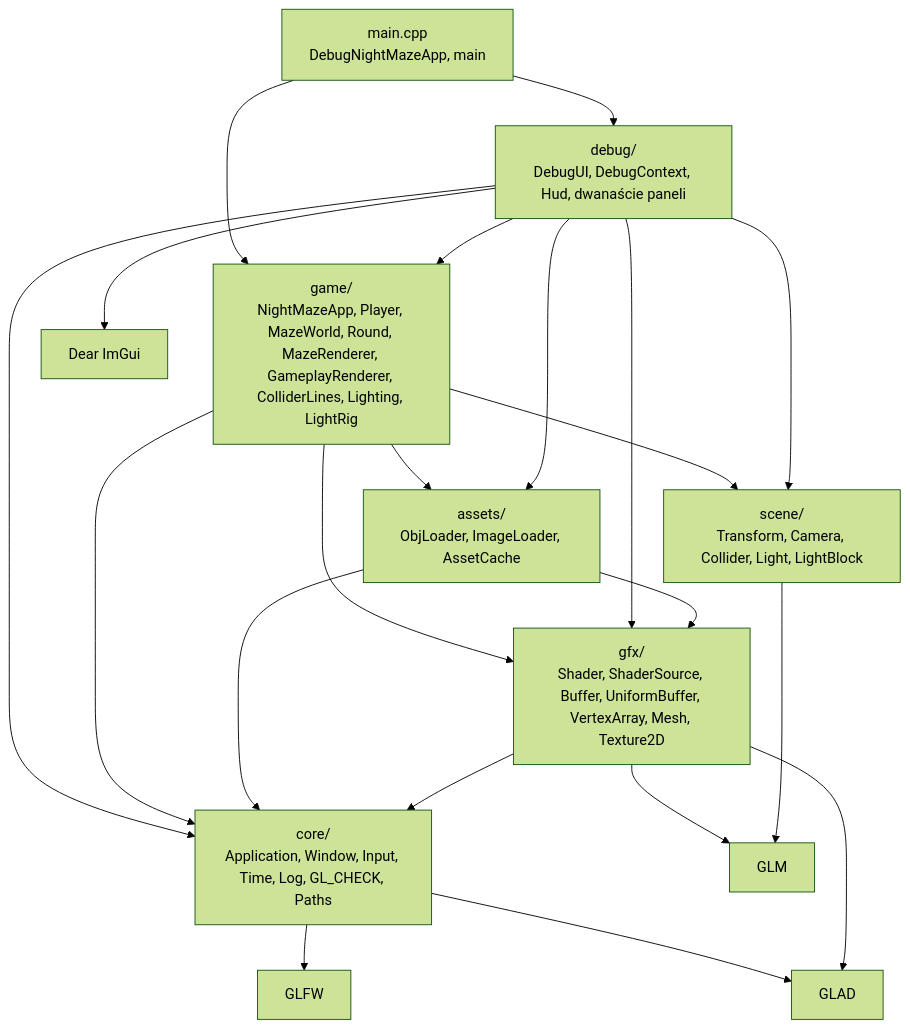
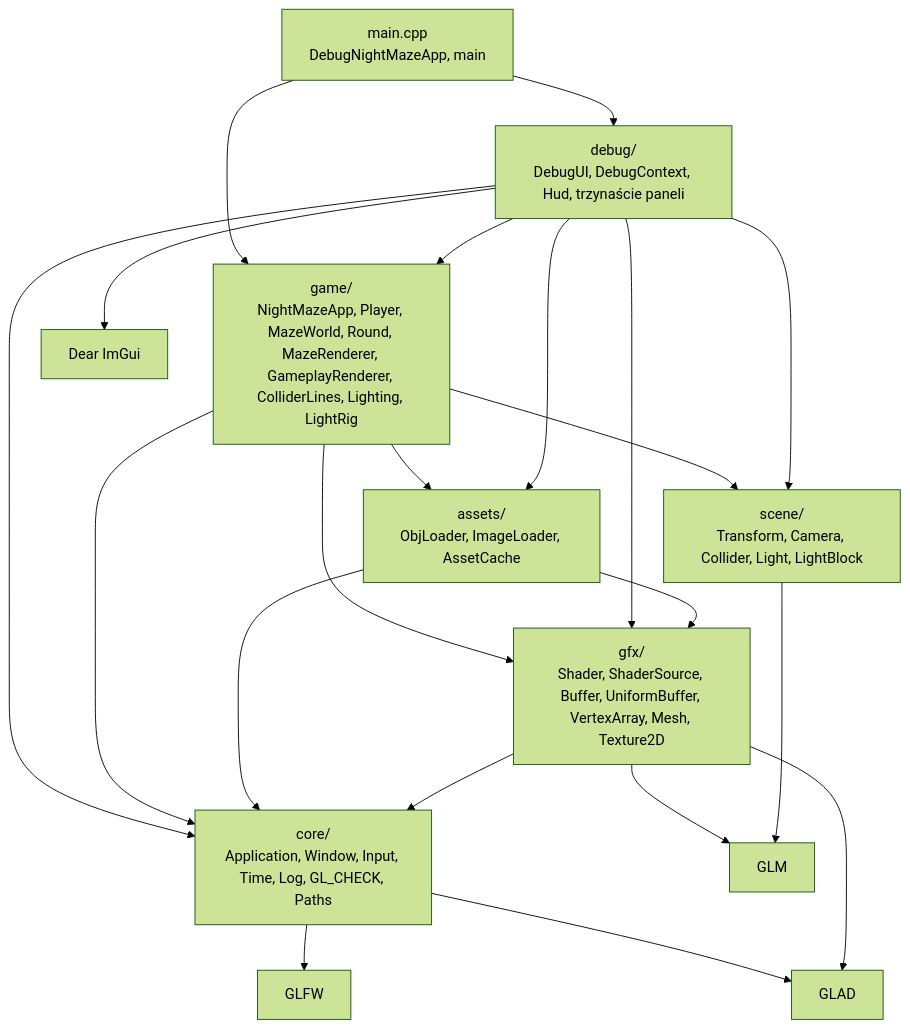
The first of 3 diagrams in docs/modules/core/README.md (Shironex/night-maze), drawn with Mermaid (forest theme) before and after one commit. The commit also changed 11 other files, not shown here.

````diff
--- a/docs/modules/core/README.md
+++ b/docs/modules/core/README.md
@@ -44,23 +44,23 @@
 ```mermaid
 flowchart TD
-    Main["main.cpp<br/>DebugNightMazeApp, main"] --> Debug["debug/<br/>DebugUI, DebugContext, Hud, dwanaście paneli"]
+    Main["main.cpp<br/>DebugNightMazeApp, main"] --> Debug["debug/<br/>DebugUI, DebugContext, Hud, trzynaście paneli"]
     Main --> Game["game/<br/>NightMazeApp, Player, MazeWorld, Round, MazeRenderer, GameplayRenderer, ColliderLines, Lighting, LightRig"]
     Debug --> Core["core/<br/>Application, Window, Input, Time, Log, GL_CHECK, Paths"]
     Debug --> Game
     Game --> Core
     Game --> Assets
     Game --> Gfx
     Game --> Scene
     Debug --> Assets
     Debug --> Gfx
     Debug --> Scene
     Assets["assets/<br/>ObjLoader, ImageLoader, AssetCache"] --> Gfx
     Assets --> Core
     Gfx["gfx/<br/>Shader, ShaderSource, Buffer, UniformBuffer, VertexArray, Mesh, Texture2D"] --> Core
     Gfx --> Glm
     Scene["scene/<br/>Transform, Camera, Collider, Light, LightBlock"] --> Glm["GLM"]
     Debug --> ImGui["Dear ImGui"]
     Core --> Glfw["GLFW"]
     Core --> Glad["GLAD"]
     Gfx --> Glad
 ```
````
